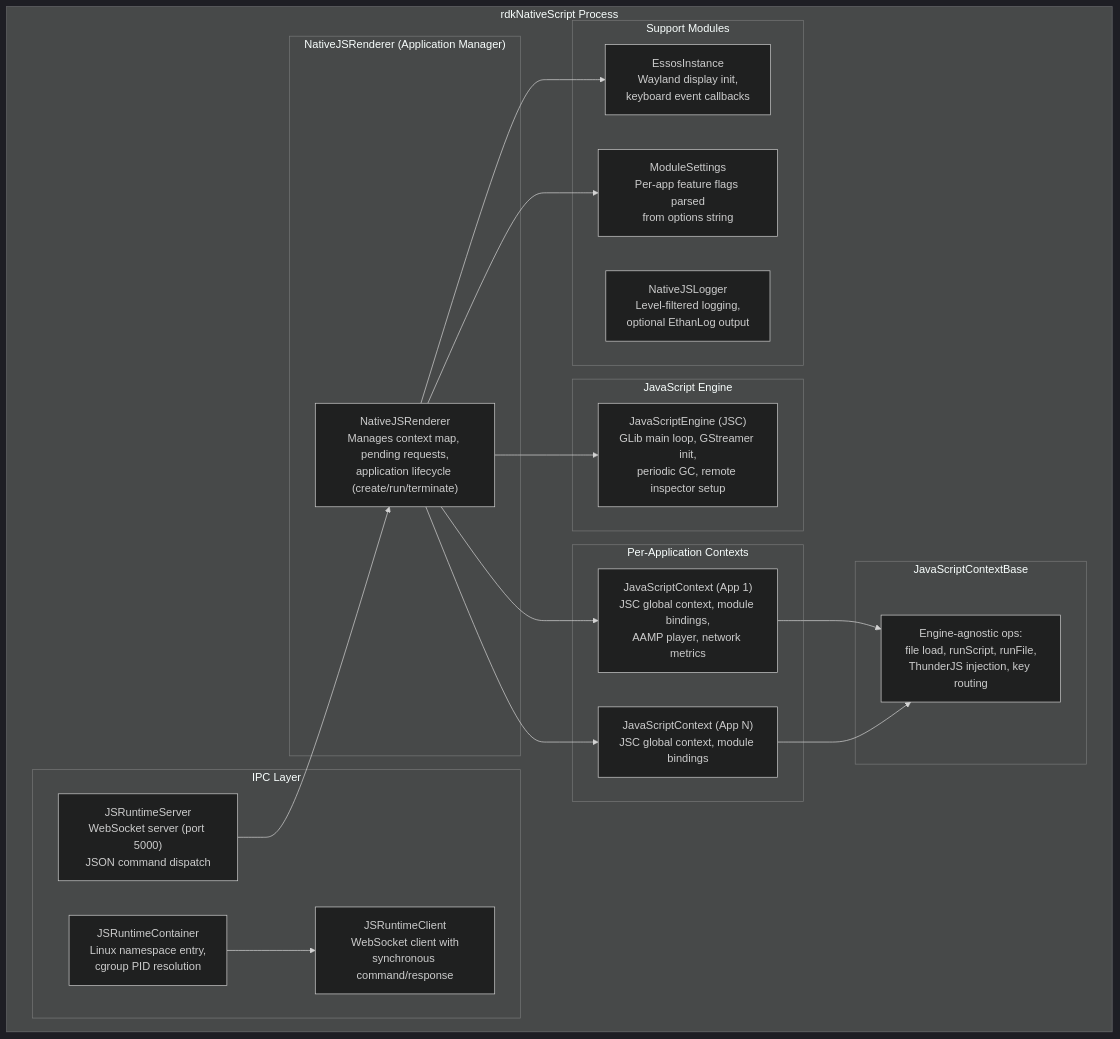
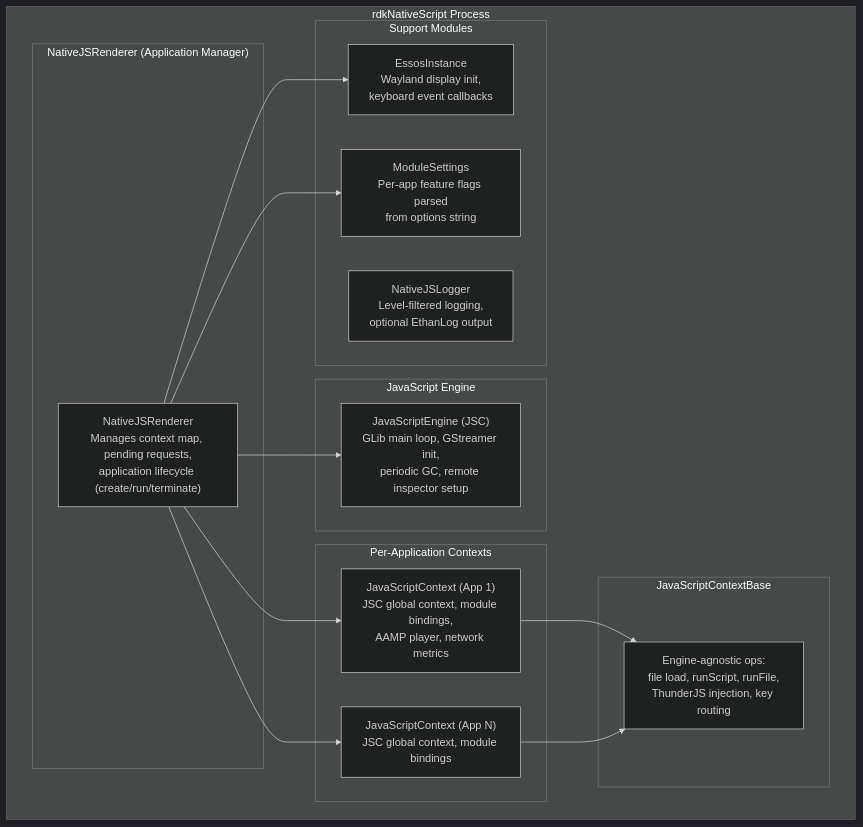
One commit to rns21/RDK_Documentation changed the second of 6 diagrams in docs/docu/RDKV-Documentations/rdkNativescript.md. Above: the diagram before and after it, drawn with Mermaid (dark theme). The commit also changed other lines of this file, not shown here.

````diff
--- a/docs/docu/RDKV-Documentations/rdkNativescript.md
+++ b/docs/docu/RDKV-Documentations/rdkNativescript.md
@@ -80,46 +73,38 @@
 ```mermaid
 graph TD
 
     subgraph JSRuntime ["rdkNativeScript Process"]
 
         subgraph RendererLayer ["NativeJSRenderer (Application Manager)"]
             NR["NativeJSRenderer\nManages context map, pending requests,\napplication lifecycle (create/run/terminate)"]
         end
 
         subgraph EngineLayer ["JavaScript Engine"]
             JSE["JavaScriptEngine (JSC)\nGLib main loop, GStreamer init,\nperiodic GC, remote inspector setup"]
         end
 
         subgraph ContextLayer ["Per-Application Contexts"]
             CTX1["JavaScriptContext (App 1)\nJSC global context, module bindings,\nAAMP player, network metrics"]
             CTX2["JavaScriptContext (App N)\nJSC global context, module bindings"]
         end
 
         subgraph BaseLayer ["JavaScriptContextBase"]
             BASE["Engine-agnostic ops:\nfile load, runScript, runFile,\nThunderJS injection, key routing"]
         end
 
-        subgraph ServerLayer ["IPC Layer"]
-            SRV["JSRuntimeServer\nWebSocket server (port 5000)\nJSON command dispatch"]
-            CLI["JSRuntimeClient\nWebSocket client with\nsynchronous command/response"]
-            CONT["JSRuntimeContainer\nLinux namespace entry,\ncgroup PID resolution"]
-        end
-
         subgraph SupportLayer ["Support Modules"]
             ES["EssosInstance\nWayland display init,\nkeyboard event callbacks"]
             MS["ModuleSettings\nPer-app feature flags parsed\nfrom options string"]
             LOG["NativeJSLogger\nLevel-filtered logging,\noptional EthanLog output"]
         end
 
     end
 
     NR --> JSE
     NR --> CTX1
     NR --> CTX2
     CTX1 --> BASE
     CTX2 --> BASE
-    SRV --> NR
-    CONT --> CLI
     NR --> ES
     NR --> MS
 ```
````
